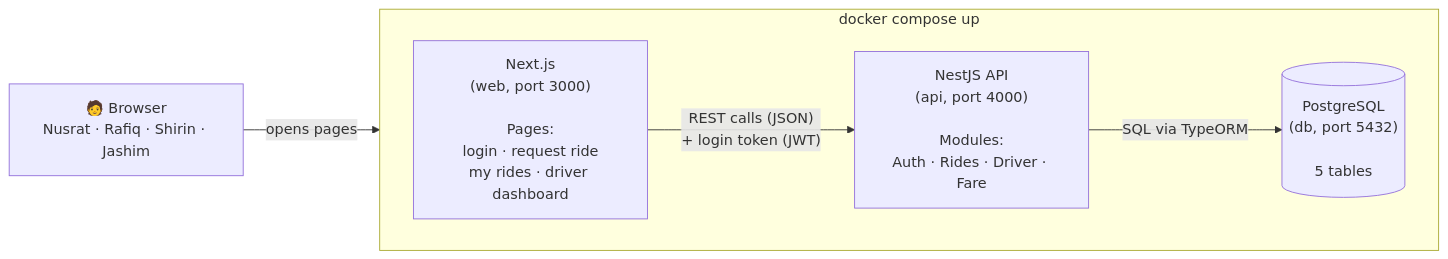
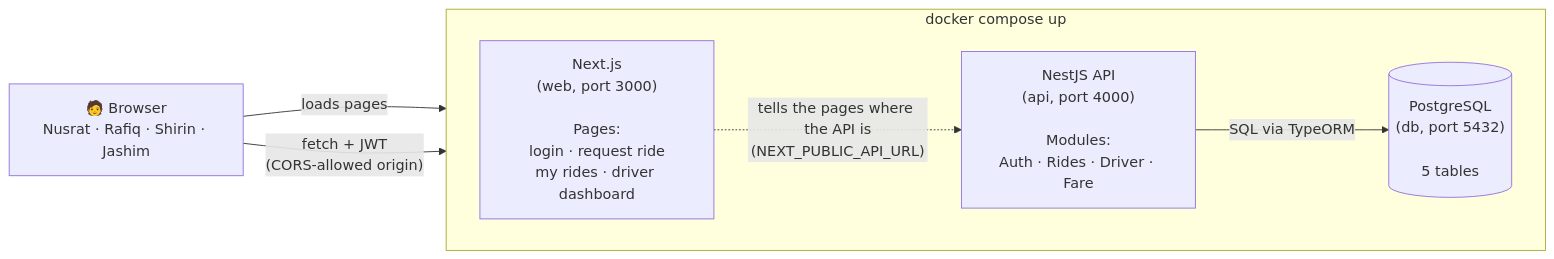
Before and after one commit to zobayer-hosen/dhaka-tesla-pool: the first of 5 diagrams in docs/ARCHITECTURE.md, drawn with Mermaid. The commit also changed other lines of this file and 1 other file, not shown here.

Commit message:
docs(architecture): show the browser calling the API directly

````diff
--- a/docs/ARCHITECTURE.md
+++ b/docs/ARCHITECTURE.md
@@ -17,15 +17,16 @@
 ```mermaid
 flowchart LR
   B["🧑 Browser<br/>Nusrat · Rafiq · Shirin · Jashim"]
 
   subgraph DOCKER["docker compose up"]
     direction LR
     W["Next.js<br/>(web, port 3000)<br/><br/>Pages:<br/>login · request ride<br/>my rides · driver dashboard"]
     A["NestJS API<br/>(api, port 4000)<br/><br/>Modules:<br/>Auth · Rides · Driver · Fare"]
     D[("PostgreSQL<br/>(db, port 5432)<br/><br/>5 tables")]
   end
 
-  B -- "opens pages" --> W
-  W -- "REST calls (JSON)<br/>+ login token (JWT)" --> A
+  B -- "loads pages" --> W
+  B -- "fetch + JWT<br/>(CORS-allowed origin)" --> A
+  W -.->|"tells the pages where the API is<br/>(NEXT_PUBLIC_API_URL)"| A
   A -- "SQL via TypeORM" --> D
 ```
````
